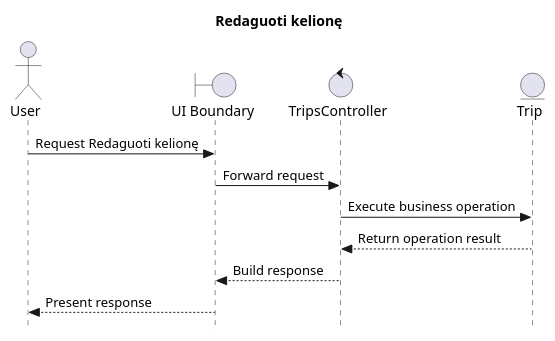
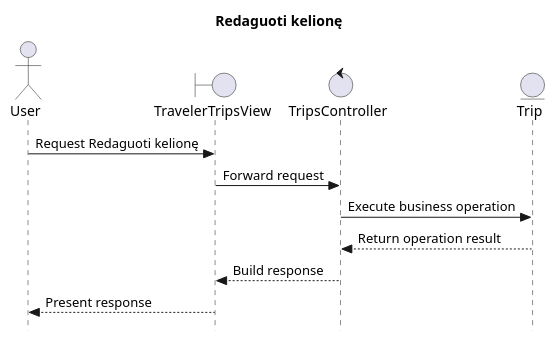
The diagram in _refs/diagrams-new/sequence/Redaguoti_kelionę.puml (SauliusDev/ps-projektas), drawn with PlantUML before and after one commit. The commit also changed 40 other files, not shown here.

Commit message:
fix: align sequence stubs with BCE semantics

```diff
--- a/_refs/diagrams-new/sequence/Redaguoti_kelionę.puml
+++ b/_refs/diagrams-new/sequence/Redaguoti_kelionę.puml
@@ -1,17 +1,17 @@
 @startuml
 skinparam style strictuml
 
 title Redaguoti kelionę
 
 actor "User" as user
-boundary "UI Boundary" as ui
+boundary "TravelerTripsView" as ui
 control "TripsController" as tripsController
 entity "Trip" as trip
 
 user -> ui: Request Redaguoti kelionę
 ui -> tripsController: Forward request
 tripsController -> trip: Execute business operation
 trip --> tripsController: Return operation result
 tripsController --> ui: Build response
 ui --> user: Present response
 @enduml
```
